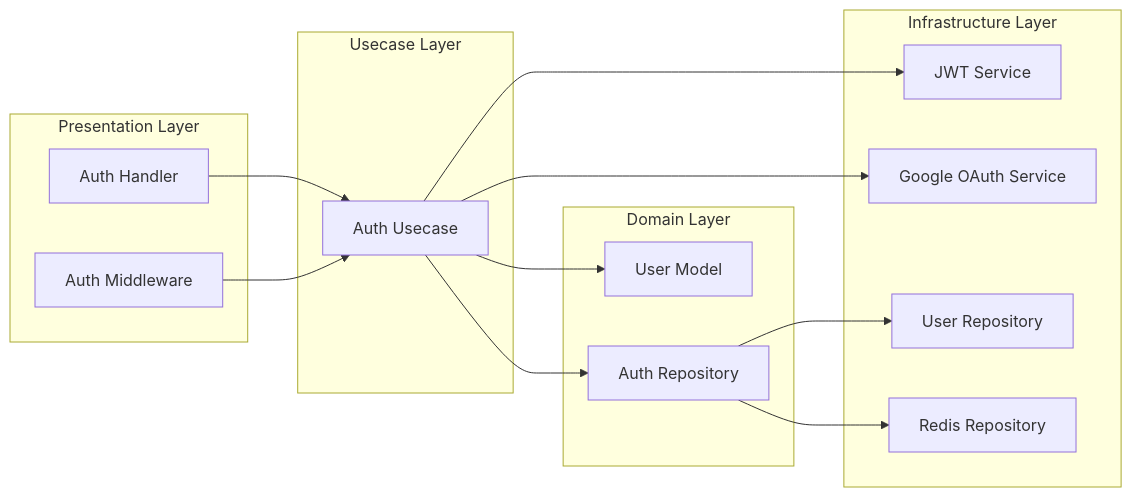
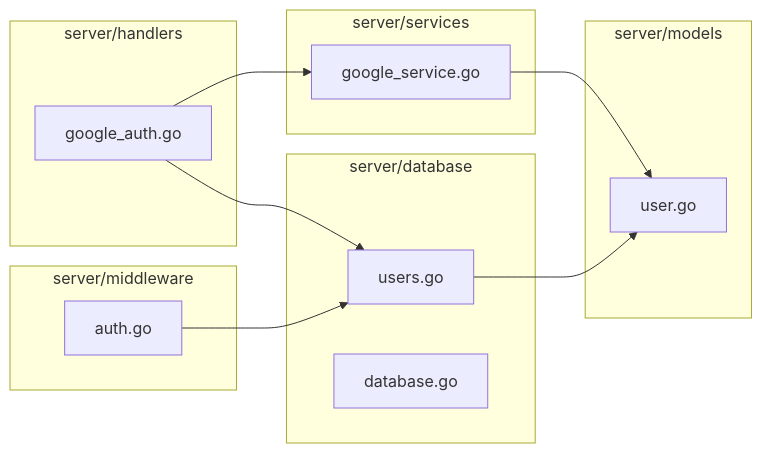
One commit to myantyuWorld/stackies-with-cc changed the fifth of 27 diagrams in docs/auth-system-design.md. Above: the diagram before and after it, drawn with Mermaid. The commit also changed other lines of this file and 13 other files, not shown here.

````diff
--- a/docs/auth-system-design.md
+++ b/docs/auth-system-design.md
@@ -129,32 +106,29 @@
 ```mermaid
 graph LR
-    subgraph "Presentation Layer"
-        A[Auth Handler]
-        B[Auth Middleware]
+    subgraph "server/handlers"
+        A[google_auth.go]
     end
     
-    subgraph "Usecase Layer"
-        C[Auth Usecase]
+    subgraph "server/middleware"
+        B[auth.go]
     end
     
-    subgraph "Domain Layer"
-        D[User Model]
-        E[Auth Repository]
+    subgraph "server/services"
+        C[google_service.go]
     end
     
-    subgraph "Infrastructure Layer"
-        F[JWT Service]
-        G[Google OAuth Service]
-        H[User Repository]
-        I[Redis Repository]
+    subgraph "server/database"
+        D[users.go]
+        E[database.go]
+    end
+    
+    subgraph "server/models"
+        F[user.go]
     end
     
     A --> C
-    B --> C
-    C --> D
-    C --> E
+    A --> D
+    B --> D
     C --> F
-    C --> G
-    E --> H
-    E --> I
+    D --> F
 ```
````
